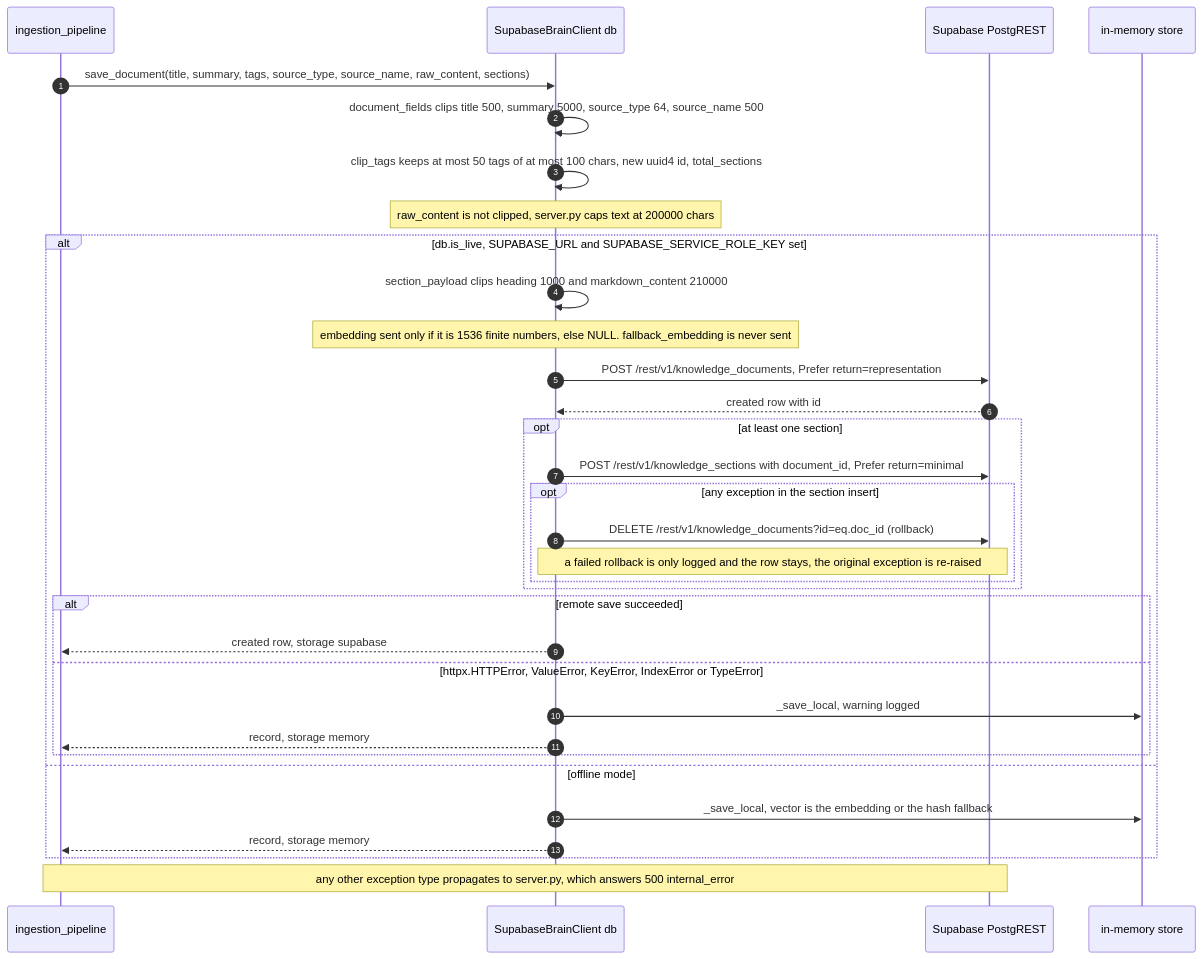
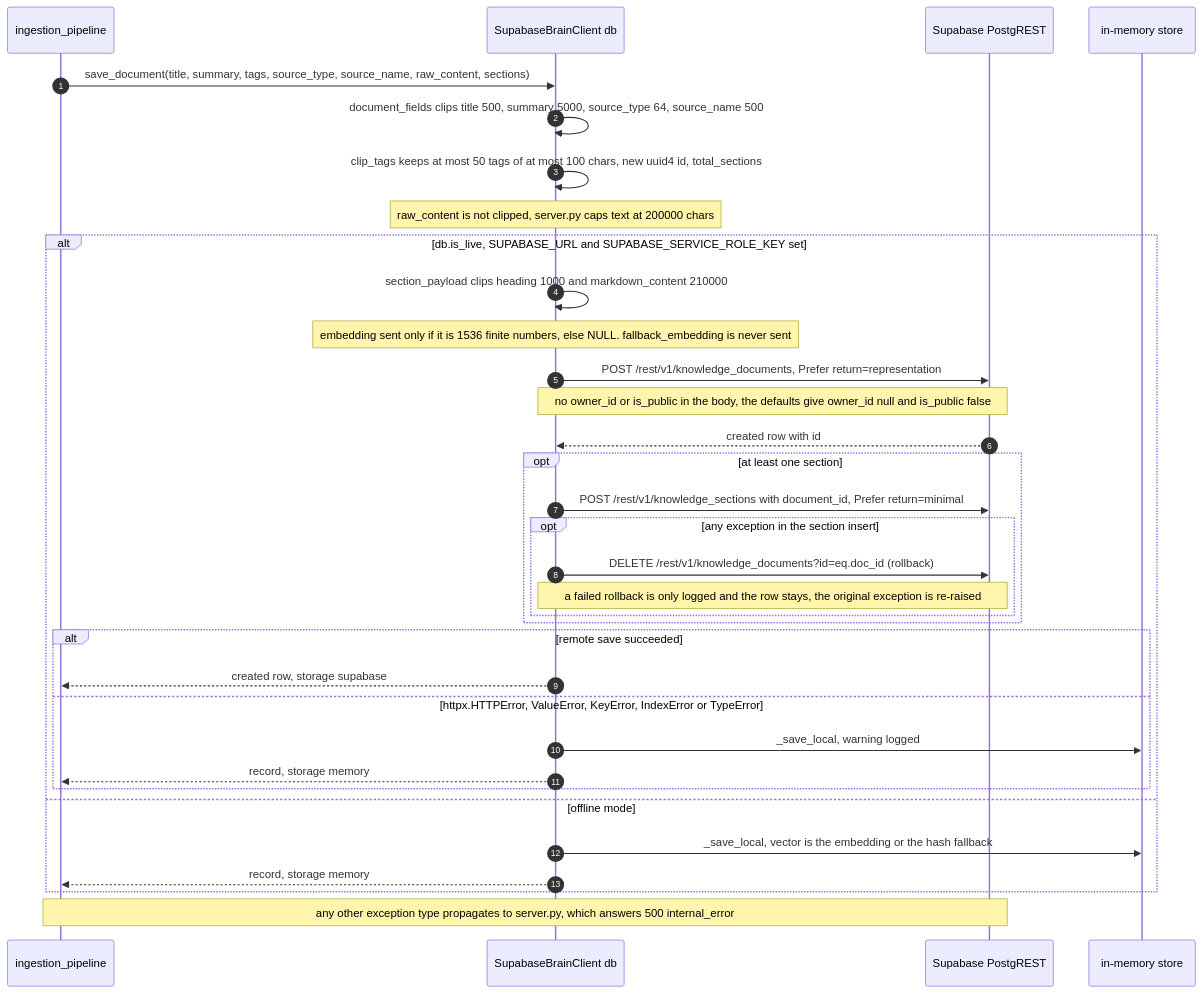
The fifth of 7 diagrams in backend/README.md (umutcantezgel-cpu/Starpi), drawn with Mermaid before and after one commit. The commit also changed other lines of this file and 15 other files, not shown here.

````diff
--- a/backend/README.md
+++ b/backend/README.md
@@ -252,36 +252,37 @@
 ```mermaid
 sequenceDiagram
     autonumber
     participant Pipe as ingestion_pipeline
     participant DB as SupabaseBrainClient db
     participant REST as Supabase PostgREST
     participant Mem as in-memory store
 
     Pipe->>DB: save_document(title, summary, tags, source_type, source_name, raw_content, sections)
     DB->>DB: document_fields clips title 500, summary 5000, source_type 64, source_name 500
     DB->>DB: clip_tags keeps at most 50 tags of at most 100 chars, new uuid4 id, total_sections
     Note over DB: raw_content is not clipped, server.py caps text at 200000 chars
     alt db.is_live, SUPABASE_URL and SUPABASE_SERVICE_ROLE_KEY set
         DB->>DB: section_payload clips heading 1000 and markdown_content 210000
         Note over DB: embedding sent only if it is 1536 finite numbers, else NULL. fallback_embedding is never sent
         DB->>REST: POST /rest/v1/knowledge_documents, Prefer return=representation
+        Note over DB,REST: no owner_id or is_public in the body, the defaults give owner_id null and is_public false
         REST-->>DB: created row with id
         opt at least one section
             DB->>REST: POST /rest/v1/knowledge_sections with document_id, Prefer return=minimal
             opt any exception in the section insert
                 DB->>REST: DELETE /rest/v1/knowledge_documents?id=eq.doc_id (rollback)
                 Note over DB,REST: a failed rollback is only logged and the row stays, the original exception is re-raised
             end
         end
         alt remote save succeeded
             DB-->>Pipe: created row, storage supabase
         else httpx.HTTPError, ValueError, KeyError, IndexError or TypeError
             DB->>Mem: _save_local, warning logged
             DB-->>Pipe: record, storage memory
         end
     else offline mode
         DB->>Mem: _save_local, vector is the embedding or the hash fallback
         DB-->>Pipe: record, storage memory
     end
     Note over Pipe,REST: any other exception type propagates to server.py, which answers 500 internal_error
 ```
````
